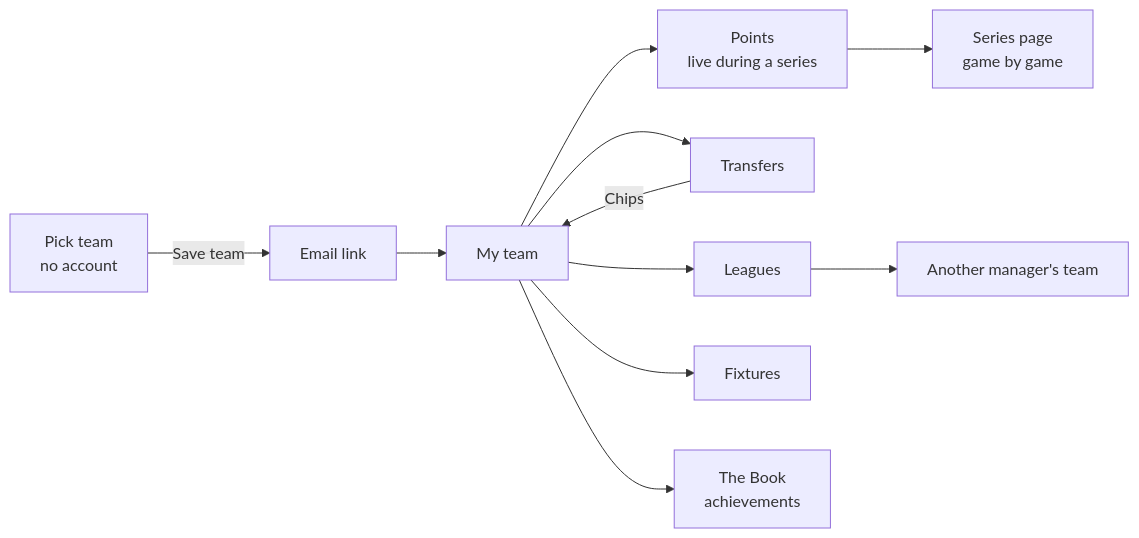
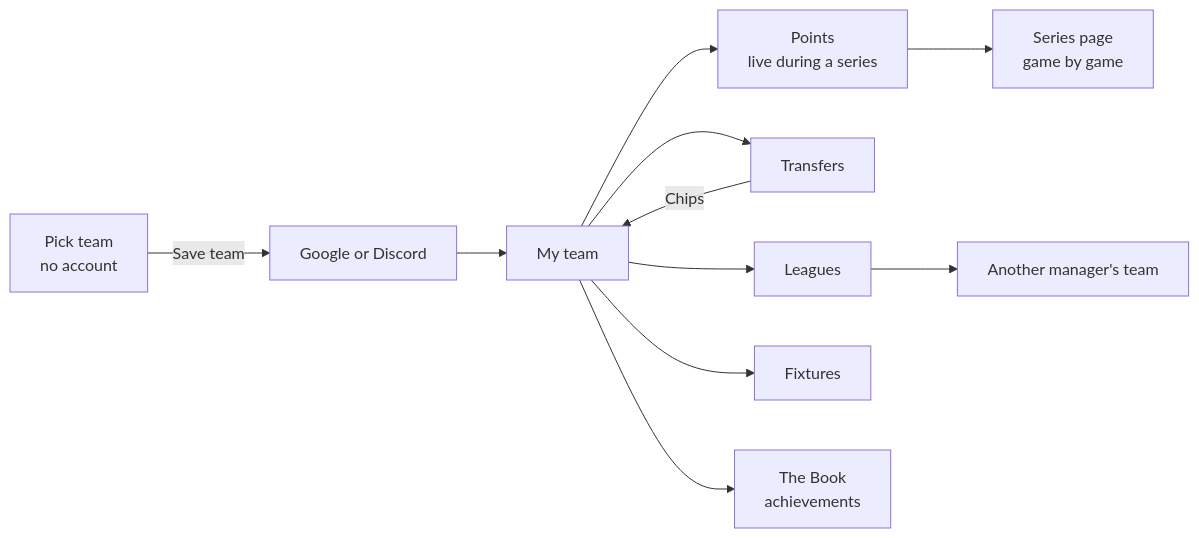
One commit to cBallGitWork/lck-fantasy changed the diagram in docs/design/site-flow.md. Above: the diagram before and after it, drawn with Mermaid. The commit also changed other lines of this file and 6 other files, not shown here.

Commit message:
docs: Settings and sign-in grilled; Google or Discord, no passwords

````diff
--- a/docs/design/site-flow.md
+++ b/docs/design/site-flow.md
@@ -9,13 +9,13 @@
 ```mermaid
 flowchart LR
-  Land[Pick team<br/>no account] -->|Save team| Sign[Email link]
+  Land[Pick team<br/>no account] -->|Save team| Sign[Google or Discord]
   Sign --> Home[My team]
   Home --> Points[Points<br/>live during a series]
   Home --> Transfers
   Home --> Leagues
   Home --> Fixtures
   Home --> Book[The Book<br/>achievements]
   Points --> Series[Series page<br/>game by game]
   Leagues --> Rival[Another manager's team]
   Transfers -->|Chips| Home
 ```
````
